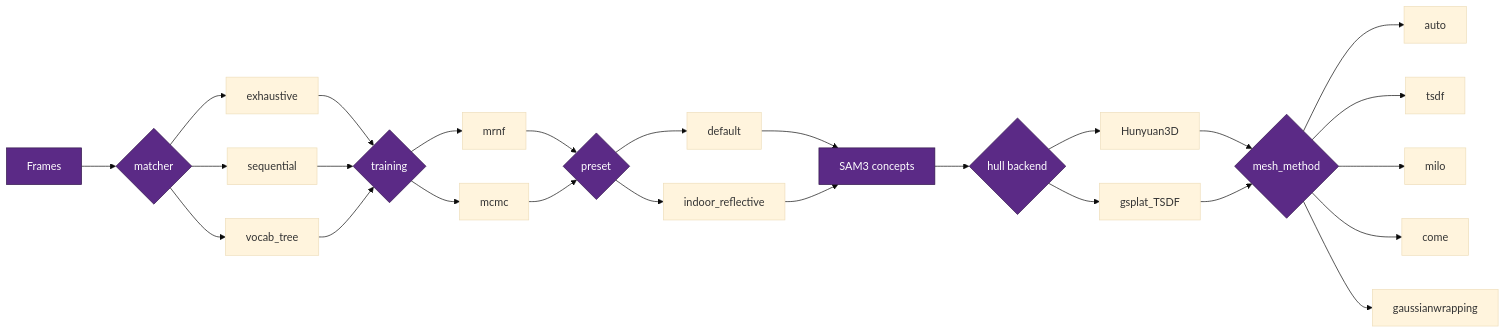
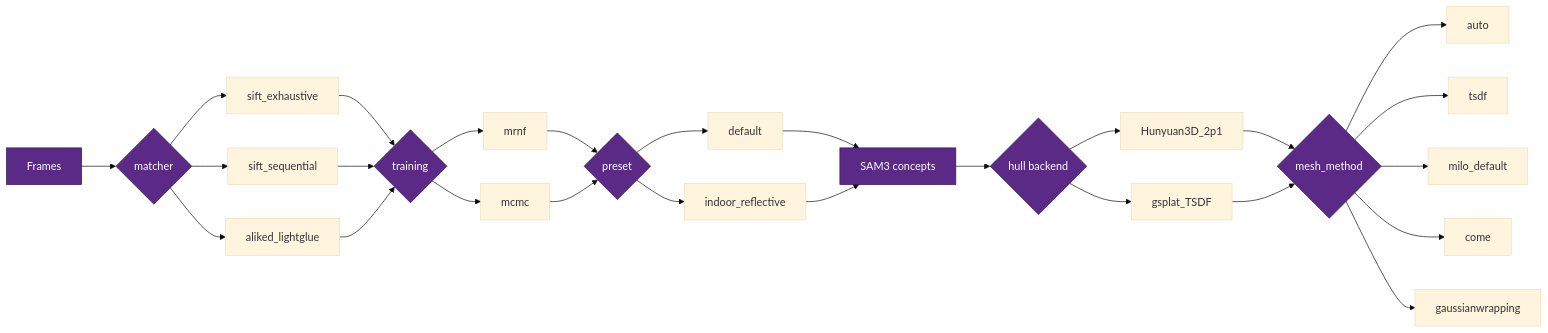
One commit to DreamLab-AI/Vitrine changed the third of 4 diagrams in research/pipelines/aspirational-e2e-flowchart.md. Above: the diagram before and after it, drawn with Mermaid (base theme). The commit also changed other lines of this file and 3 other files, not shown here.

````diff
--- a/research/pipelines/aspirational-e2e-flowchart.md
+++ b/research/pipelines/aspirational-e2e-flowchart.md
@@ -161,21 +161,21 @@
 ```mermaid
 flowchart LR
     classDef branch fill:#5b2a86,stroke:#34194d,color:#ffffff;
     A["Frames"]:::branch
     A --> M1{matcher}:::branch
-    M1 --> exhaustive & sequential & vocab_tree
-    exhaustive --> T{training}:::branch
-    sequential --> T
-    vocab_tree --> T
+    M1 --> sift_exhaustive & sift_sequential & aliked_lightglue
+    sift_exhaustive --> T{training}:::branch
+    sift_sequential --> T
+    aliked_lightglue --> T
     T --> mrnf & mcmc
     mrnf --> P{preset}:::branch
     mcmc --> P
     P --> default & indoor_reflective
     default --> S["SAM3 concepts"]:::branch
     indoor_reflective --> S
     S --> HULL{hull backend}:::branch
-    HULL --> Hunyuan3D & gsplat_TSDF
-    Hunyuan3D --> EM{mesh_method}:::branch
+    HULL --> Hunyuan3D_2p1 & gsplat_TSDF
+    Hunyuan3D_2p1 --> EM{mesh_method}:::branch
     gsplat_TSDF --> EM
-    EM --> auto & tsdf & milo & come & gaussianwrapping
+    EM --> auto & tsdf & milo_default & come & gaussianwrapping
 ```
````
